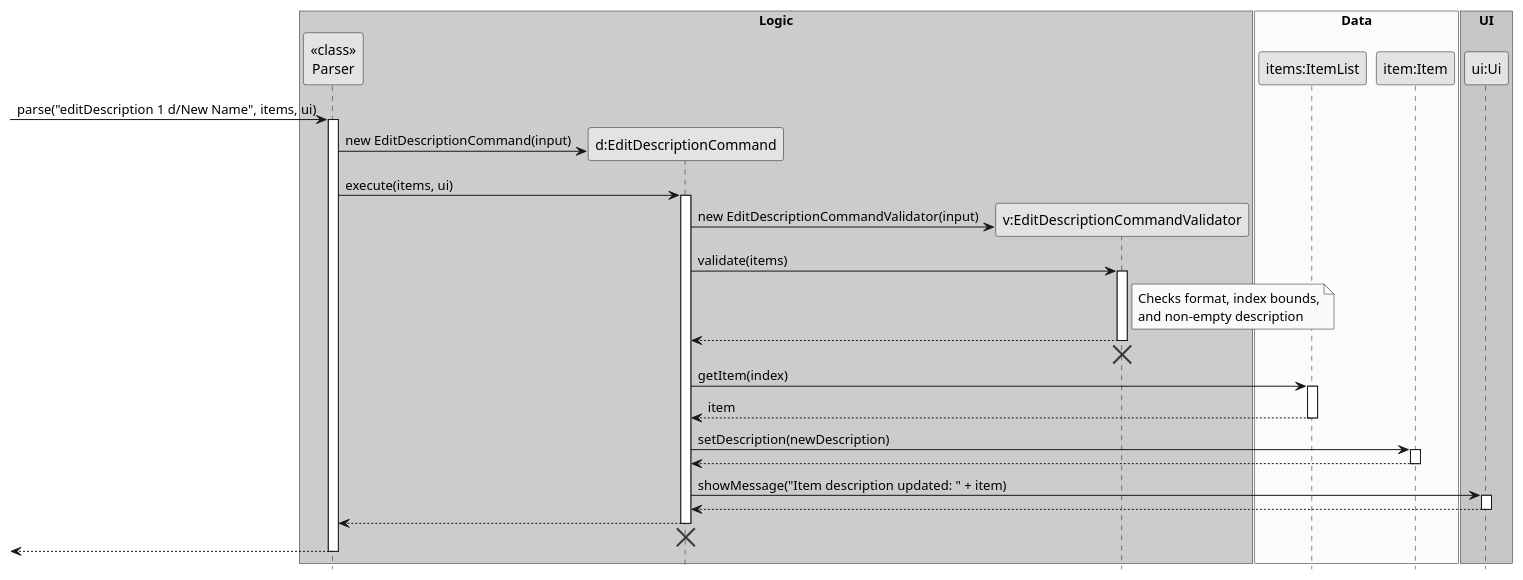
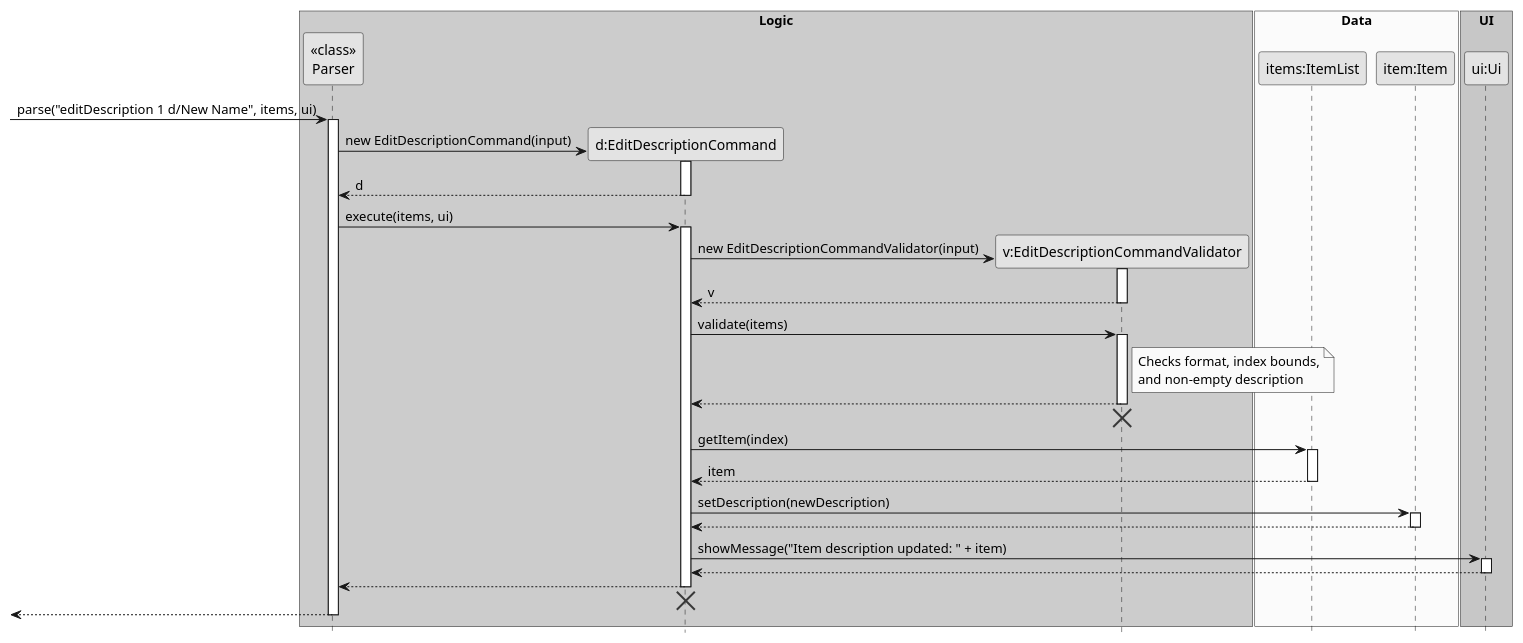
Before and after one commit to fmohamedfaras/tp: the diagram in docs/diagrams/EditDescriptionCommandSequenceDiagram.puml, drawn with PlantUML. The commit also changed 16 other files, not shown here.

Commit message:
Update uml sequence diagrams to DG and add activation bars to edit commands' constructors

```diff
--- a/docs/diagrams/EditDescriptionCommandSequenceDiagram.puml
+++ b/docs/diagrams/EditDescriptionCommandSequenceDiagram.puml
@@ -1,67 +1,73 @@
 @startuml
 skinparam monochrome true
 skinparam shadowing false
 hide footbox
 
 box "Logic" #LightBlue
 participant "<<class>>\nParser" as Parser
 participant "d:EditDescriptionCommand" as EditDescriptionCommand
 participant "v:EditDescriptionCommandValidator" as EditDescriptionCommandValidator
 end box
 
 box "Data" #LightYellow
 participant "items:ItemList" as ItemList
 participant "item:Item" as Item
 end box
 
 box "UI" #LightGreen
 participant "ui:Ui" as Ui
 end box
 
 -> Parser : parse("editDescription 1 d/New Name", items, ui)
 activate Parser
 
 create EditDescriptionCommand
 Parser -> EditDescriptionCommand : new EditDescriptionCommand(input)
+activate EditDescriptionCommand
+EditDescriptionCommand --> Parser : d
+deactivate EditDescriptionCommand
 
 Parser -> EditDescriptionCommand : execute(items, ui)
 activate EditDescriptionCommand
 
 create EditDescriptionCommandValidator
 EditDescriptionCommand -> EditDescriptionCommandValidator : new EditDescriptionCommandValidator(input)
+activate EditDescriptionCommandValidator
+EditDescriptionCommandValidator --> EditDescriptionCommand : v
+deactivate EditDescriptionCommandValidator
 
 EditDescriptionCommand -> EditDescriptionCommandValidator : validate(items)
 activate EditDescriptionCommandValidator
 note right of EditDescriptionCommandValidator
   Checks format, index bounds,
   and non-empty description
 end note
 EditDescriptionCommandValidator --> EditDescriptionCommand
 deactivate EditDescriptionCommandValidator
 EditDescriptionCommandValidator -[hidden]-> EditDescriptionCommand
 destroy EditDescriptionCommandValidator
 
 EditDescriptionCommand -> ItemList : getItem(index)
 activate ItemList
 ItemList --> EditDescriptionCommand : item
 deactivate ItemList
 
 EditDescriptionCommand -> Item : setDescription(newDescription)
 activate Item
 Item --> EditDescriptionCommand
 deactivate Item
 
 EditDescriptionCommand -> Ui : showMessage("Item description updated: " + item)
 activate Ui
 Ui --> EditDescriptionCommand
 deactivate Ui
 
 EditDescriptionCommand --> Parser
 deactivate EditDescriptionCommand
 EditDescriptionCommand -[hidden]-> Parser
 destroy EditDescriptionCommand
 
 <-- Parser
 deactivate Parser
 
 @enduml
```
